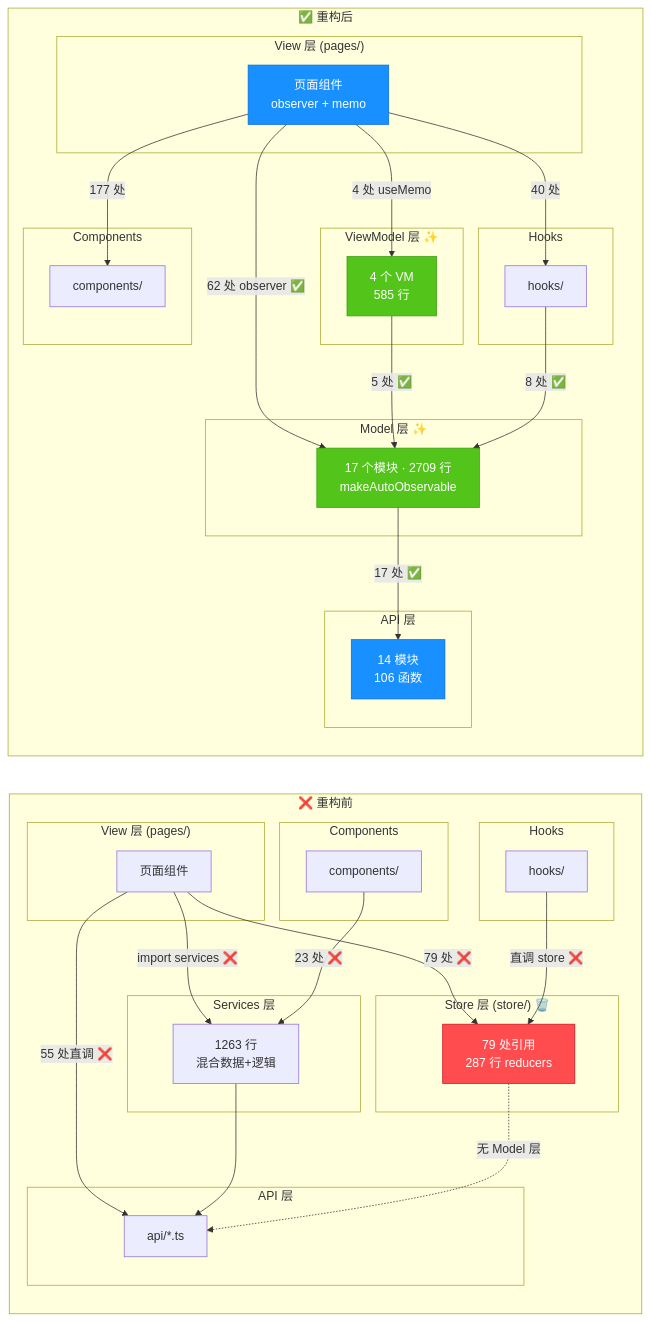
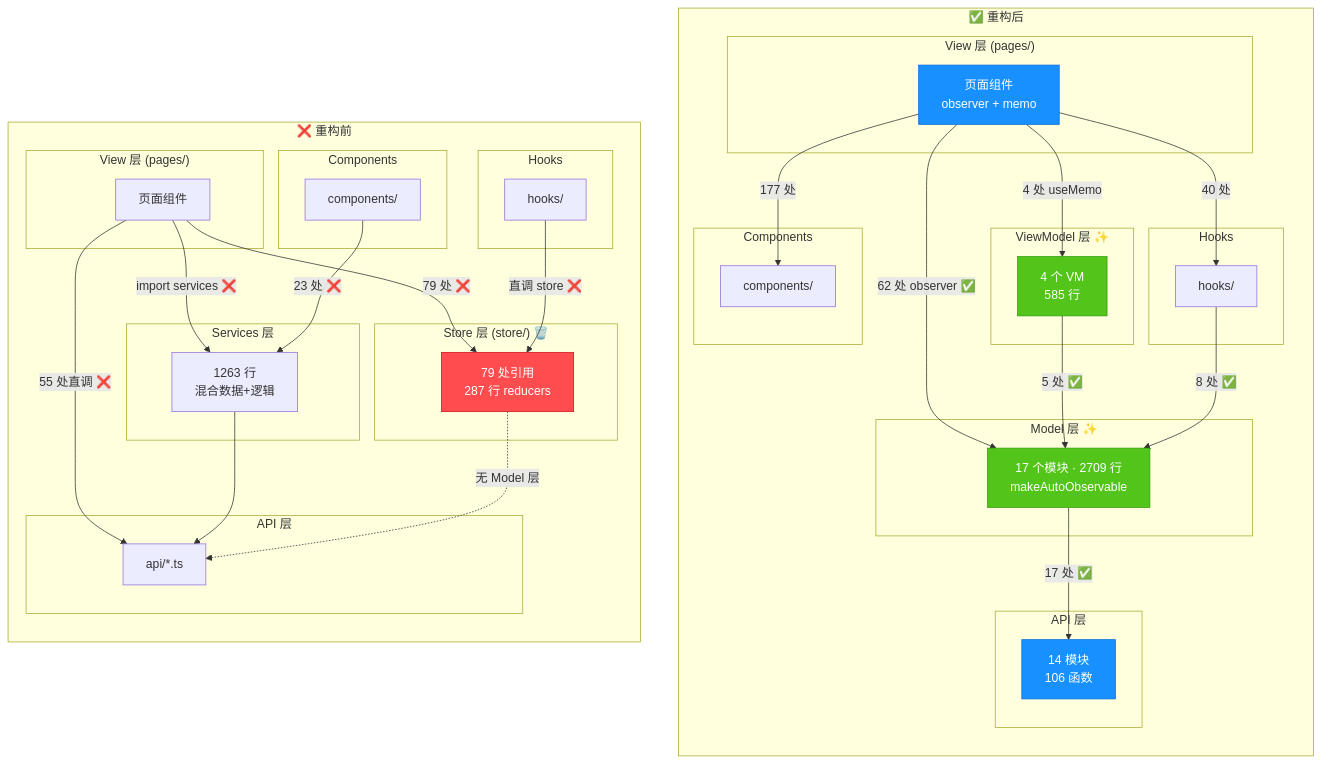
One commit to enson0131/vitePress-blob changed the diagram in docs/guide/ai/【AI 实践】 AI 时代下重构旧时代系统.md. Above: the diagram before and after it, drawn with Mermaid. The commit also changed 1 other file, not shown here.

Commit message:
更新导航链接至新的 AI 相关文档，并重构重构前后对比图以提高可读性

````diff
--- a/docs/guide/ai/【AI 实践】 AI 时代下重构旧时代系统.md
+++ b/docs/guide/ai/【AI 实践】 AI 时代下重构旧时代系统.md
@@ -109,5 +109,41 @@
 ```mermaid
 graph LR
+  subgraph After["✅ 重构后"]
+    direction TB
+
+    subgraph AView["View 层 (pages/)"]
+      AP["页面组件\nobserver + memo"]
+    end
+
+    subgraph AVM["ViewModel 层 ✨"]
+      AV["4 个 VM\n585 行"]
+    end
+
+    subgraph AModel["Model 层 ✨"]
+      AM["17 个模块 · 2709 行\nmakeAutoObservable"]
+    end
+
+    subgraph AAPI["API 层"]
+      AA["14 模块\n106 函数"]
+    end
+
+    subgraph AHooks["Hooks"]
+      AH["hooks/"]
+    end
+
+    subgraph AComp["Components"]
+      AC["components/"]
+    end
+
+    AP -->|"4 处 useMemo"| AV
+    AP -->|"62 处 observer ✅"| AM
+    AV -->|"5 处 ✅"| AM
+    AM -->|"17 处 ✅"| AA
+    AH -->|"8 处 ✅"| AM
+    AP -->|"40 处"| AH
+    AP -->|"177 处"| AC
+  end
+
   subgraph Before["❌ 重构前"]
     direction TB
 
@@ -144,41 +180,7 @@
     BS -.->|"无 Model 层"| BA
   end
 
-  subgraph After["✅ 重构后"]
-    direction TB
-
-    subgraph AView["View 层 (pages/)"]
-      AP["页面组件\nobserver + memo"]
-    end
-
-    subgraph AVM["ViewModel 层 ✨"]
-      AV["4 个 VM\n585 行"]
-    end
-
-    subgraph AModel["Model 层 ✨"]
-      AM["17 个模块 · 2709 行\nmakeAutoObservable"]
-    end
-
-    subgraph AAPI["API 层"]
-      AA["14 模块\n106 函数"]
-    end
-
-    subgraph AHooks["Hooks"]
-      AH["hooks/"]
-    end
-
-    subgraph AComp["Components"]
-      AC["components/"]
-    end
-
-    AP -->|"4 处 useMemo"| AV
-    AP -->|"62 处 observer ✅"| AM
-    AV -->|"5 处 ✅"| AM
-    AM -->|"17 处 ✅"| AA
-    AH -->|"8 处 ✅"| AM
-    AP -->|"40 处"| AH
-    AP -->|"177 处"| AC
-  end
+  Before ~~~ After
 
   classDef removed fill:#ff4d4f,stroke:#cf1322,color:white
   classDef added fill:#52c41a,stroke:#389e0d,color:white
````
